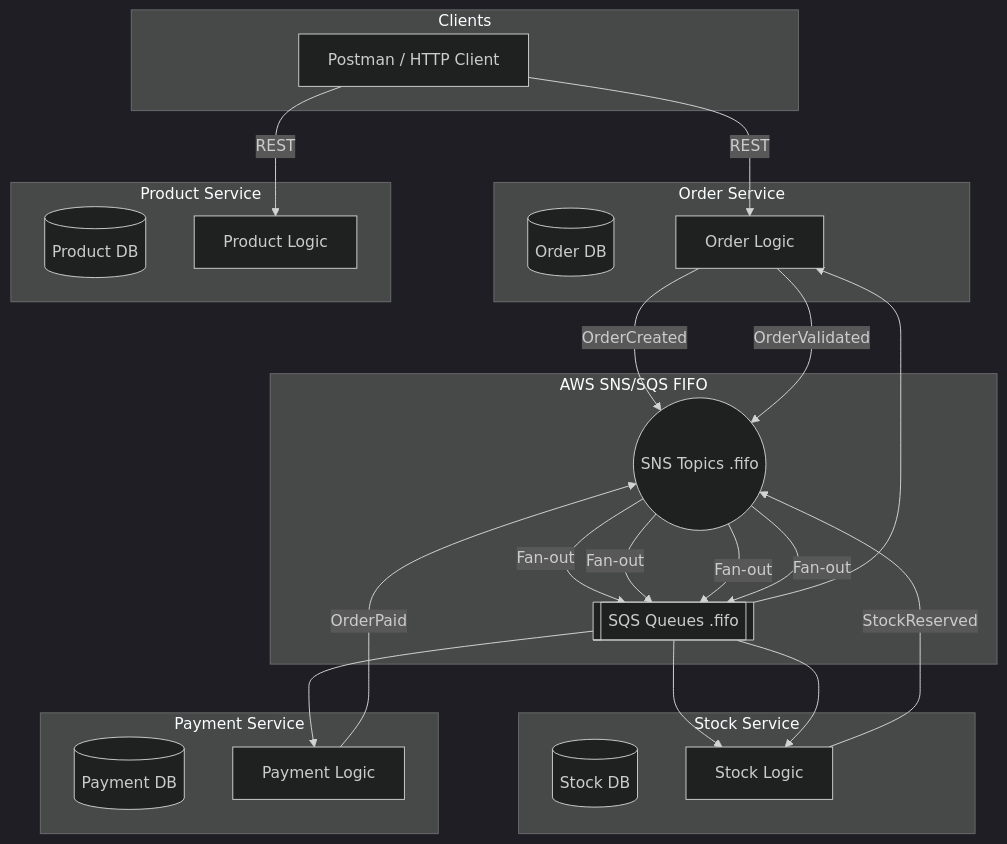
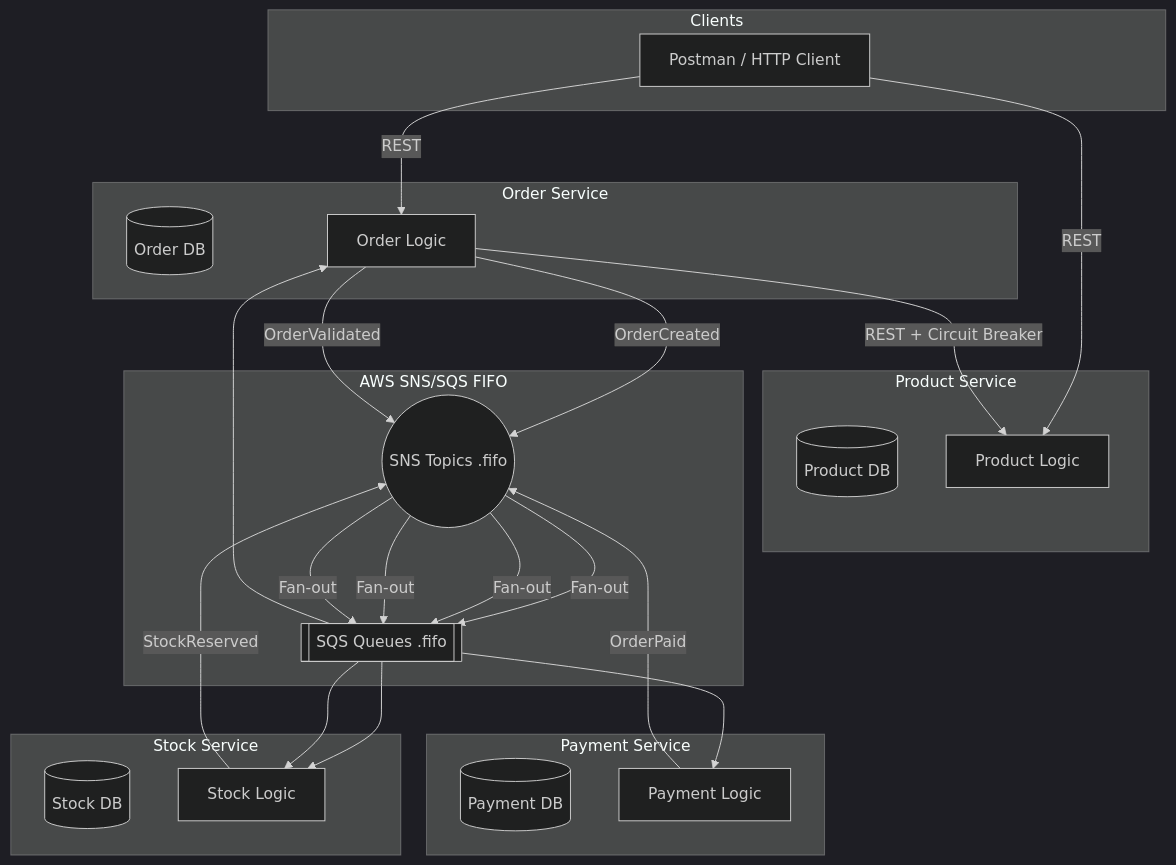
One commit to fevanno92/e-commerce-event-driven-demo changed the first of 5 diagrams in README.md. Above: the diagram before and after it, drawn with Mermaid (dark theme). The commit also changed other lines of this file, not shown here.

Commit message:
Add diagram for error cases, and document circuit breaker usage

````diff
--- a/README.md
+++ b/README.md
@@ -99,50 +107,51 @@
 ```mermaid
 flowchart TD
     subgraph Clients
         API[Postman / HTTP Client]
     end
 
     subgraph Service_Order [Order Service]
         OrderDB[(Order DB)]
         OrderSvc[Order Logic]
     end
 
     subgraph Service_Product [Product Service]
         ProductDB[(Product DB)]
         ProductSvc[Product Logic]
     end
 
     subgraph Service_Stock [Stock Service]
         StockDB[(Stock DB)]
         StockSvc[Stock Logic]
     end
 
     subgraph Service_Payment [Payment Service]
         PaymentDB[(Payment DB)]
         PaymentSvc[Payment Logic]
     end
 
     subgraph Messaging [AWS SNS/SQS FIFO]
         SNS((SNS Topics .fifo))
         SQS[[SQS Queues .fifo]]
     end
 
     API -->|REST| OrderSvc
     API -->|REST| ProductSvc
+    OrderSvc -->|REST + Circuit Breaker| ProductSvc
 
     OrderSvc -->|OrderCreated| SNS
     SNS -->|Fan-out| SQS
     SQS --> StockSvc
 
     StockSvc -->|StockReserved| SNS
     SNS -->|Fan-out| SQS
     SQS --> OrderSvc
     
     OrderSvc -->|OrderValidated| SNS
     SNS -->|Fan-out| SQS
     SQS --> PaymentSvc
 
     PaymentSvc -->|OrderPaid| SNS
     SNS -->|Fan-out| SQS
     SQS --> StockSvc
 ```
````
